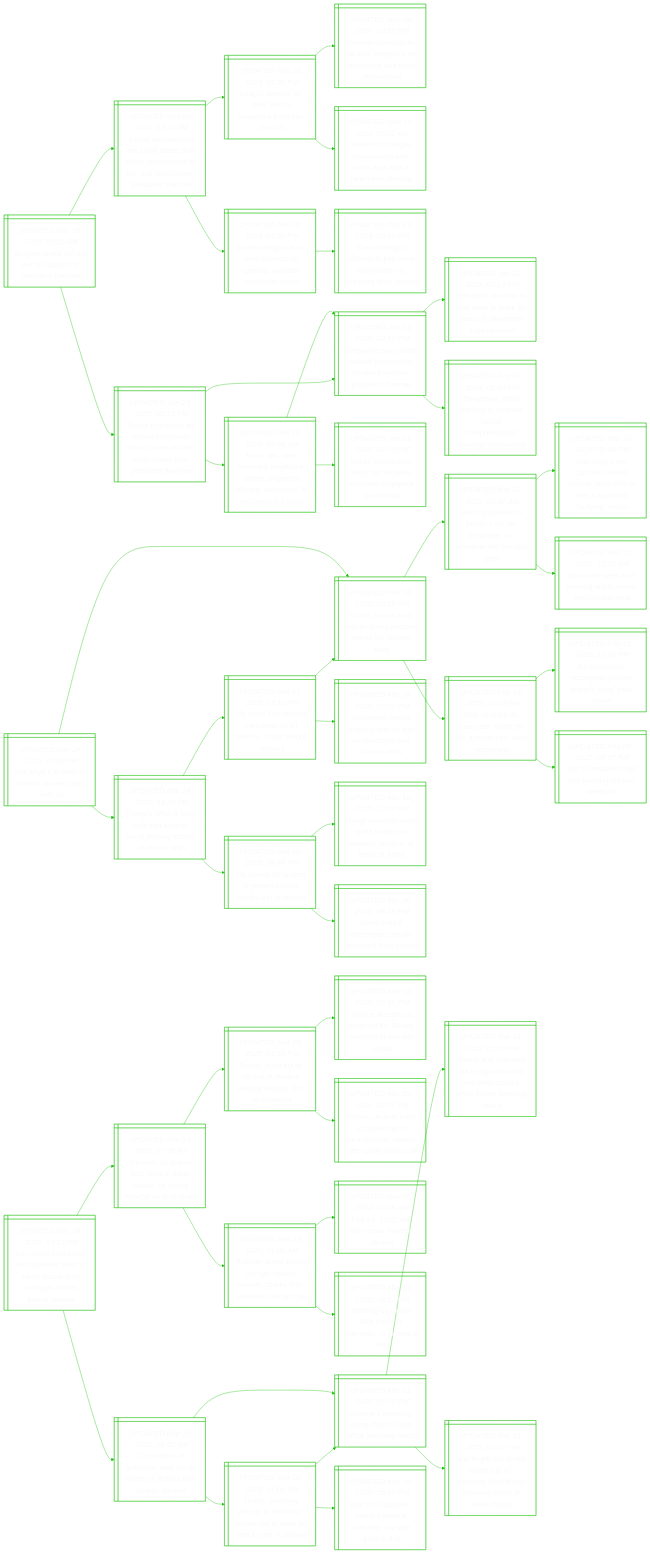
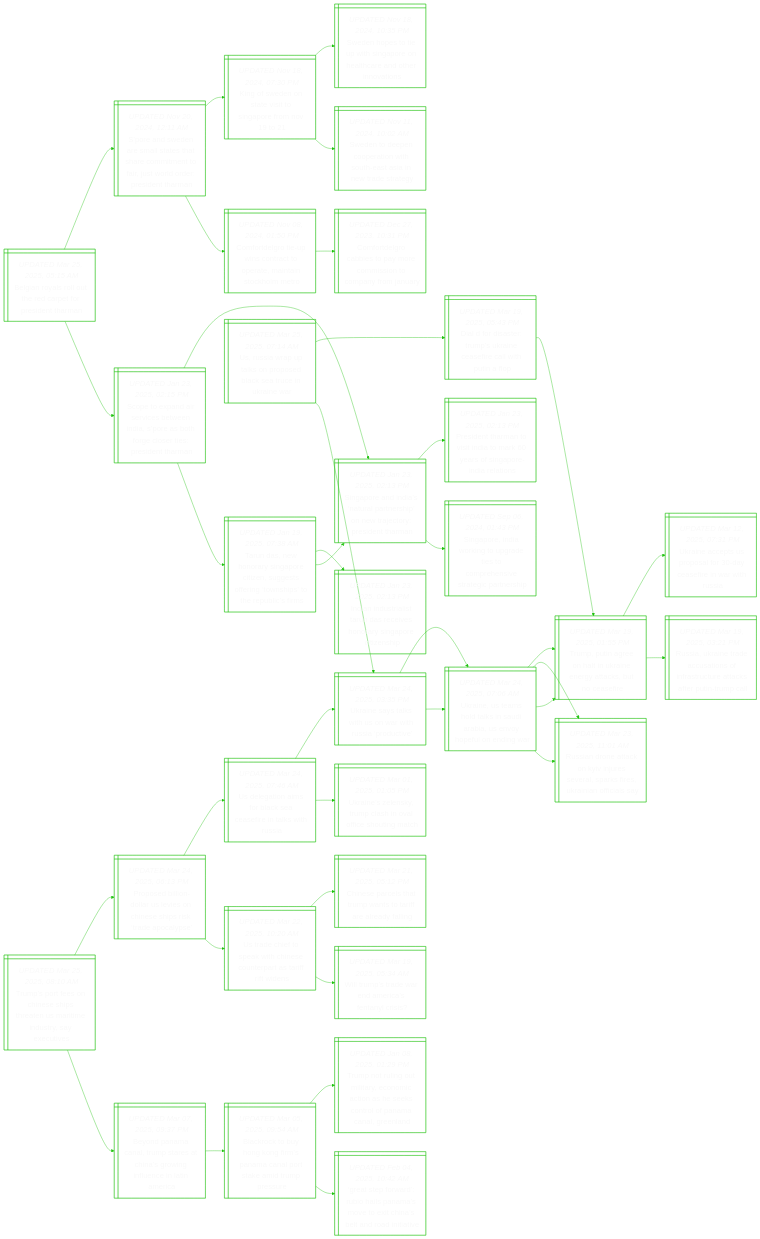
Before and after one commit to notJmes/notJmes: the diagram in README.md, drawn with Mermaid. The commit also changed other lines of this file, not shown here.

````diff
--- a/README.md
+++ b/README.md
@@ -59,96 +59,78 @@
 TDwriotssfgstRli:::txtsize --> Inslaaehanrih:::txtsize
 TDwriotssfgstRli:::txtsize --> SpnitpepweyiTa:::txtsize
 
-Iaindtelt@{ shape: win-pane, label: "_UPDATED Mar 24, 2025, 10:39 PM_
-Iran says it is open to indirect nuclear talks with us" }
-Tsrltntiianvy@{ shape: win-pane, label: "_UPDATED Mar 24, 2025, 04:39 PM_
-Trump’s offer of talks with iran aims to avoid military action, us envoy says" }
-Upntnnikhere@{ shape: win-pane, label: "_UPDATED Mar 21, 2025, 03:11 PM_
-Us slaps iran-related sanctions on oil tankers, china ‘teapot’ refinery" }
-CRaIspshola@{ shape: win-pane, label: "_UPDATED Mar 14, 2025, 09:28 PM_
-China, russia back iran as trump presses tehran for nuclear talks" }
-Spahnmisival@{ shape: win-pane, label: "_UPDATED Mar 14, 2025, 06:00 PM_
-Singapore-based shipping firm hit with us sanctions over iran oil links" }
-Uiignntuues@{ shape: win-pane, label: "_UPDATED Mar 20, 2025, 08:44 PM_
-Us strikes hit targets in yemen capital, houthi-run tv reports" }
-Tlhraroeuasl@{ shape: win-pane, label: "_UPDATED Mar 16, 2025, 10:29 PM_
-Trump launches large-scale strikes on yemen’s houthis, at least 31 killed" }
-Ilietslhoe@{ shape: win-pane, label: "_UPDATED Mar 20, 2025, 08:38 PM_
-Israel says it intercepted missile launched from yemen" }
-CRaIspshola@{ shape: win-pane, label: "_UPDATED Mar 14, 2025, 09:28 PM_
-China, russia back iran as trump presses tehran for nuclear talks" }
-Ipdopleawveyn@{ shape: win-pane, label: "_UPDATED Mar 12, 2025, 04:42 AM_
-Iran’s president to trump: i will not negotiate, ‘do whatever the hell you want’" }
-IawoeiursUeldyas@{ shape: win-pane, label: "_UPDATED Mar 10, 2025, 03:39 PM_
-Iran says it will consider limited nuclear talks with us after it slammed ‘bullying’ tactics" }
-IhemnueIur@{ shape: win-pane, label: "_UPDATED Feb 15, 2025, 12:33 AM_
-Iaea chief sees time running out to revive iran nuclear deal" }
-WSoraiegtsea@{ shape: win-pane, label: "_UPDATED Feb 16, 2025, 10:43 PM_
-With us support, israel can ‘finish the job’ against iran, says netanyahu" }
-Aiithirbas@{ shape: win-pane, label: "_UPDATED Feb 16, 2025, 10:48 PM_
-As rubio visits, netanyahu praises trump’s ‘bold’ gaza vision" }
-Ipdaticwn@{ shape: win-pane, label: "_UPDATED Feb 06, 2025, 09:07 PM_
-Iran’s president says ‘not seeking nuclear weapons’" }
-
-Iaindtelt:::txtsize --> Tsrltntiianvy:::txtsize
-Tsrltntiianvy:::txtsize --> Upntnnikhere:::txtsize
-Upntnnikhere:::txtsize --> CRaIspshola:::txtsize
-Upntnnikhere:::txtsize --> Spahnmisival:::txtsize
-Tsrltntiianvy:::txtsize --> Uiignntuues:::txtsize
-Uiignntuues:::txtsize --> Tlhraroeuasl:::txtsize
-Uiignntuues:::txtsize --> Ilietslhoe:::txtsize
-Iaindtelt:::txtsize --> CRaIspshola:::txtsize
-CRaIspshola:::txtsize --> Ipdopleawveyn:::txtsize
-Ipdopleawveyn:::txtsize --> IawoeiursUeldyas:::txtsize
-Ipdopleawveyn:::txtsize --> IhemnueIur:::txtsize
-CRaIspshola:::txtsize --> WSoraiegtsea:::txtsize
-WSoraiegtsea:::txtsize --> Aiithirbas:::txtsize
-WSoraiegtsea:::txtsize --> Ipdaticwn:::txtsize
-
-Uslccfaniiertkur@{ shape: win-pane, label: "_UPDATED Mar 24, 2025, 10:53 PM_
-Us, russia hold black sea ceasefire talks in saudi arabia after overnight strikes pound ukraine" }
-UneolSAavpoir@{ shape: win-pane, label: "_UPDATED Mar 24, 2025, 07:06 AM_
-Ukraine, us teams hold talks in saudi arabia, us envoy hopeful on ending war" }
+Usaanolecke@{ shape: win-pane, label: "_UPDATED Mar 25, 2025, 07:14 AM_
+Us, russia wrap up talks on proposed black sea truce in ukraine war" }
+Dfsrpaeilhnp@{ shape: win-pane, label: "_UPDATED Mar 19, 2025, 05:43 PM_
+Dial d for disaster: trump’s ukraine ceasefire call with putin a flop" }
 TPaotreyctar@{ shape: win-pane, label: "_UPDATED Mar 19, 2025, 01:55 PM_
 Trump, putin agree on halt in ukraine energy attacks, but no ceasefire" }
 UneSoocfnis@{ shape: win-pane, label: "_UPDATED Mar 12, 2025, 07:31 PM_
 Ukraine accepts us proposal for 30-day ceasefire in war with russia" }
 Raiacifacakeiml@{ shape: win-pane, label: "_UPDATED Mar 19, 2025, 03:21 PM_
 Russia, ukraine trade accusations of infrastructure attacks after putin-trump call" }
+UnssUahidv@{ shape: win-pane, label: "_UPDATED Mar 24, 2025, 03:35 PM_
+Ukraine says talks with us on war with russia ‘productive’" }
+UneolSAavpoir@{ shape: win-pane, label: "_UPDATED Mar 24, 2025, 07:06 AM_
+Ukraine, us teams hold talks in saudi arabia, us envoy hopeful on ending war" }
+TPaotreyctar@{ shape: win-pane, label: "_UPDATED Mar 19, 2025, 01:55 PM_
+Trump, putin agree on halt in ukraine energy attacks, but no ceasefire" }
 RanaKnsraikifl@{ shape: win-pane, label: "_UPDATED Mar 23, 2025, 11:01 AM_
 Russian drone attack on kyiv injures several, sparks fires, ukrainian officials say" }
-Feuiea@{ shape: win-pane, label: "_UPDATED Nov 25, 2024, 10:29 AM_
-Feb 24, 2022: the day russia invaded ukraine" }
-SiRasekkrs@{ shape: win-pane, label: "_UPDATED Mar 23, 2025, 08:12 PM_
-Shelling by russia kills three in pokrovsk, in ukraine’s east" }
-TlsadTithfone@{ shape: win-pane, label: "_UPDATED Mar 24, 2025, 08:52 AM_
-The politics of gratitude: how trump insists on thanks from foreign leaders" }
-TZsenapcofdrr@{ shape: win-pane, label: "_UPDATED Mar 20, 2025, 11:00 PM_
-Trump, zelensky pledge in ‘fantastic’ phone call to work for end to war in ukraine" }
+UneolSAavpoir@{ shape: win-pane, label: "_UPDATED Mar 24, 2025, 07:06 AM_
+Ukraine, us teams hold talks in saudi arabia, us envoy hopeful on ending war" }
+TPaotreyctar@{ shape: win-pane, label: "_UPDATED Mar 19, 2025, 01:55 PM_
+Trump, putin agree on halt in ukraine energy attacks, but no ceasefire" }
+RanaKnsraikifl@{ shape: win-pane, label: "_UPDATED Mar 23, 2025, 11:01 AM_
+Russian drone attack on kyiv injures several, sparks fires, ukrainian officials say" }
+
+Usaanolecke:::txtsize --> Dfsrpaeilhnp:::txtsize
+Dfsrpaeilhnp:::txtsize --> TPaotreyctar:::txtsize
+TPaotreyctar:::txtsize --> UneSoocfnis:::txtsize
+TPaotreyctar:::txtsize --> Raiacifacakeiml:::txtsize
+Usaanolecke:::txtsize --> UnssUahidv:::txtsize
+UnssUahidv:::txtsize --> UneolSAavpoir:::txtsize
+UneolSAavpoir:::txtsize --> TPaotreyctar:::txtsize
+UneolSAavpoir:::txtsize --> RanaKnsraikifl:::txtsize
+UnssUahidv:::txtsize --> UneolSAavpoir:::txtsize
+UneolSAavpoir:::txtsize --> TPaotreyctar:::txtsize
+UneolSAavpoir:::txtsize --> RanaKnsraikifl:::txtsize
+
+Tsfneirnresace@{ shape: win-pane, label: "_UPDATED Mar 25, 2025, 08:10 AM_
+Trump’s port fees on chinese ships threaten us maritime industry, say executives" }
+Psldrvneisdcs@{ shape: win-pane, label: "_UPDATED Mar 24, 2025, 06:13 PM_
+Proposed billion-dollar us levies on chinese ships risk ‘trade apocalypse’" }
+Ueosleselts@{ shape: win-pane, label: "_UPDATED Mar 24, 2025, 07:46 AM_
+Us delegation aims for black sea ceasefire in talks with russia" }
+UnssUahidv@{ shape: win-pane, label: "_UPDATED Mar 24, 2025, 03:35 PM_
+Ukraine says talks with us on war with russia ‘productive’" }
 Unlyphaiogh@{ shape: win-pane, label: "_UPDATED Mar 01, 2025, 01:05 PM_
 Ukraine’s zelensky, trump clash in oval office shouting match" }
-Dfsrpaeilhnp@{ shape: win-pane, label: "_UPDATED Mar 19, 2025, 05:43 PM_
-Dial d for disaster: trump’s ukraine ceasefire call with putin a flop" }
-Unlyphaiogh@{ shape: win-pane, label: "_UPDATED Mar 01, 2025, 01:05 PM_
-Ukraine’s zelensky, trump clash in oval office shouting match" }
-TalytnretaWHsit@{ shape: win-pane, label: "_UPDATED Mar 01, 2025, 01:39 PM_
-Trump and zelensky fail to sign minerals deal after clash in white house shouting match" }
-YgitlIcsTZsaWH@{ shape: win-pane, label: "_UPDATED Mar 01, 2025, 06:27 PM_
-‘you’re gambling with world war iii’: excerpts from trump-zelensky clash at white house" }
+Udepiicetrid@{ shape: win-pane, label: "_UPDATED Mar 22, 2025, 10:20 AM_
+Us trade chief to speak with chinese counterpart as tariff rift widens" }
+Cschuntflyi@{ shape: win-pane, label: "_UPDATED Mar 21, 2025, 05:12 PM_
+Chinese parcels that trump wants to tariff are already falling" }
+Wrtwdieys@{ shape: win-pane, label: "_UPDATED Mar 19, 2025, 05:34 AM_
+Will trump’s trade war end america’s fentanyl crisis?" }
+BdmamrCsifcama@{ shape: win-pane, label: "_UPDATED Mar 07, 2025, 09:37 PM_
+Beyond panama canal, trump stares at china’s growing influence in latin america" }
+BRoonmanrkdps@{ shape: win-pane, label: "_UPDATED Mar 05, 2025, 09:54 AM_
+Blackrock to buy hong kong firm’s panama canal port stake amid trump pressure" }
+Tnluiemtsenoanen@{ shape: win-pane, label: "_UPDATED Jan 08, 2025, 01:29 PM_
+Trump not ruling out military, economic action as he seeks control of panama canal, greenland" }
+GsodosmvxiedIa@{ shape: win-pane, label: "_UPDATED Feb 04, 2025, 10:42 AM_
+‘great step forward’: rubio hails panama’s move to exit china’s belt and road initiative" }
 
-Uslccfaniiertkur:::txtsize --> UneolSAavpoir:::txtsize
-UneolSAavpoir:::txtsize --> TPaotreyctar:::txtsize
-TPaotreyctar:::txtsize --> UneSoocfnis:::txtsize
-TPaotreyctar:::txtsize --> Raiacifacakeiml:::txtsize
-UneolSAavpoir:::txtsize --> RanaKnsraikifl:::txtsize
-RanaKnsraikifl:::txtsize --> Feuiea:::txtsize
-RanaKnsraikifl:::txtsize --> SiRasekkrs:::txtsize
-Uslccfaniiertkur:::txtsize --> TlsadTithfone:::txtsize
-TlsadTithfone:::txtsize --> TZsenapcofdrr:::txtsize
-TZsenapcofdrr:::txtsize --> Unlyphaiogh:::txtsize
-TZsenapcofdrr:::txtsize --> Dfsrpaeilhnp:::txtsize
-TlsadTithfone:::txtsize --> Unlyphaiogh:::txtsize
-Unlyphaiogh:::txtsize --> TalytnretaWHsit:::txtsize
-Unlyphaiogh:::txtsize --> YgitlIcsTZsaWH:::txtsize
+Tsfneirnresace:::txtsize --> Psldrvneisdcs:::txtsize
+Psldrvneisdcs:::txtsize --> Ueosleselts:::txtsize
+Ueosleselts:::txtsize --> UnssUahidv:::txtsize
+Ueosleselts:::txtsize --> Unlyphaiogh:::txtsize
+Psldrvneisdcs:::txtsize --> Udepiicetrid:::txtsize
+Udepiicetrid:::txtsize --> Cschuntflyi:::txtsize
+Udepiicetrid:::txtsize --> Wrtwdieys:::txtsize
+Tsfneirnresace:::txtsize --> BdmamrCsifcama:::txtsize
+BdmamrCsifcama:::txtsize --> BRoonmanrkdps:::txtsize
+BRoonmanrkdps:::txtsize --> Tnluiemtsenoanen:::txtsize
+BRoonmanrkdps:::txtsize --> GsodosmvxiedIa:::txtsize
 
 ```
````
